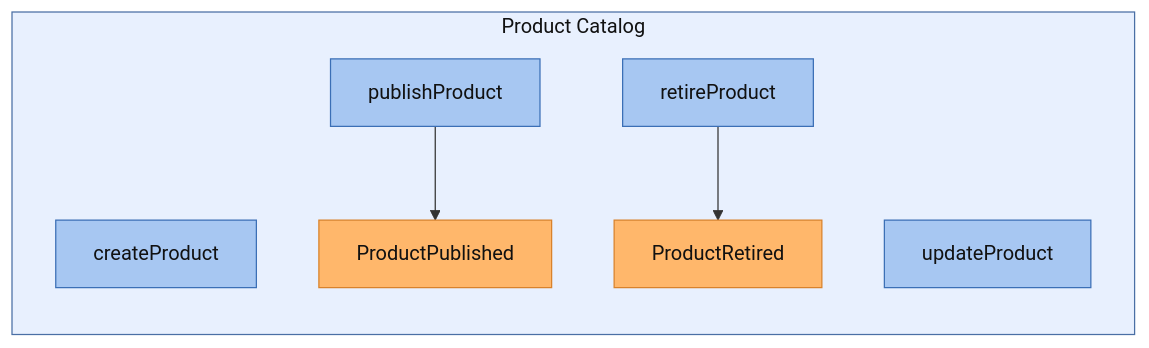
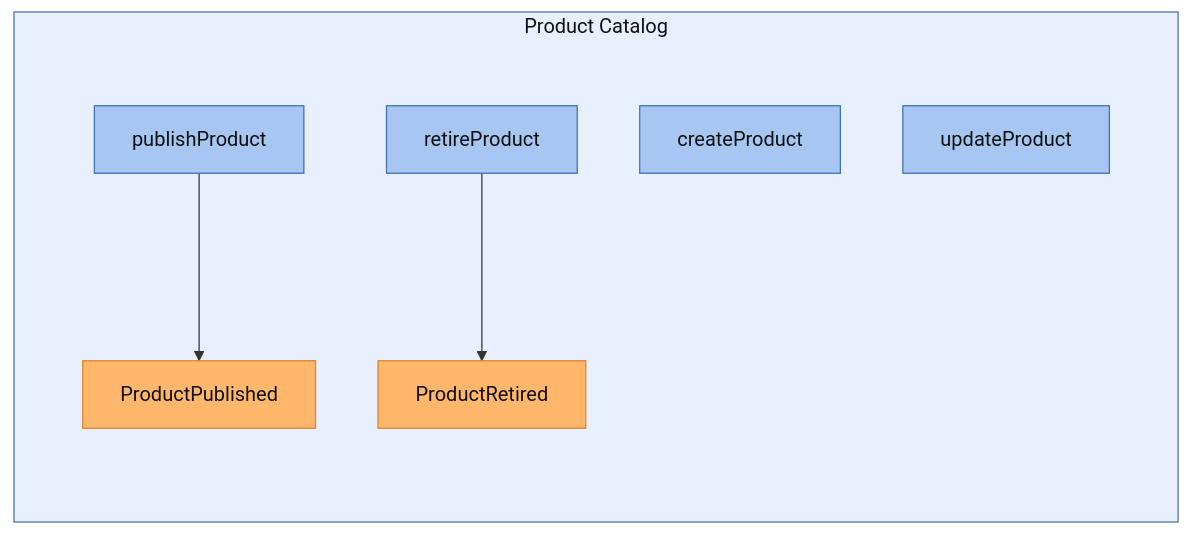
Before and after one commit to ZenWave360/dsl-kotlin: the first of 4 diagrams in dsl-docs/src/commonTest/resources/snapshots/arcadia-modulith/modules/catalog-products.md, drawn with Mermaid. The commit also changed other lines of this file and 21 other files, not shown here.

Commit message:
feat(views): event class diagrams, light class diagram styling, command adapters

````diff
--- a/dsl-docs/src/commonTest/resources/snapshots/arcadia-modulith/modules/catalog-products.md
+++ b/dsl-docs/src/commonTest/resources/snapshots/arcadia-modulith/modules/catalog-products.md
@@ -16,22 +16,28 @@
 ```mermaid
 flowchart LR
   classDef module fill:#e8f0fe,stroke:#4a6fa5,color:#111
   classDef command fill:#a7c7f2,stroke:#3b6fb6,color:#111
   classDef event fill:#ffb76b,stroke:#d9822b,color:#111
 
   subgraph sg_CatalogProducts["Product Catalog"]
-    CatalogProducts__ProductCatalogService__createProduct["createProduct"]
-    CatalogProducts__ProductCatalogService__updateProduct["updateProduct"]
-    CatalogProducts__ProductCatalogService__publishProduct["publishProduct"]
-    CatalogProducts__ProductCatalogService__retireProduct["retireProduct"]
-    CatalogProducts__ProductPublished["ProductPublished"]
-    CatalogProducts__ProductRetired["ProductRetired"]
+    subgraph sg_CatalogProducts_cmd[" "]
+      CatalogProducts__ProductCatalogService__createProduct["createProduct"]
+      CatalogProducts__ProductCatalogService__updateProduct["updateProduct"]
+      CatalogProducts__ProductCatalogService__publishProduct["publishProduct"]
+      CatalogProducts__ProductCatalogService__retireProduct["retireProduct"]
+    end
+    subgraph sg_CatalogProducts_evt[" "]
+      CatalogProducts__ProductPublished["ProductPublished"]
+      CatalogProducts__ProductRetired["ProductRetired"]
+    end
   end
 
   class sg_CatalogProducts module
   class CatalogProducts__ProductCatalogService__createProduct,CatalogProducts__ProductCatalogService__publishProduct,CatalogProducts__ProductCatalogService__retireProduct,CatalogProducts__ProductCatalogService__updateProduct command
   class CatalogProducts__ProductPublished,CatalogProducts__ProductRetired event
+  style sg_CatalogProducts_cmd fill:none,stroke:none
+  style sg_CatalogProducts_evt fill:none,stroke:none
 
   CatalogProducts__ProductCatalogService__publishProduct --> CatalogProducts__ProductPublished
   CatalogProducts__ProductCatalogService__retireProduct --> CatalogProducts__ProductRetired
 ```
````
